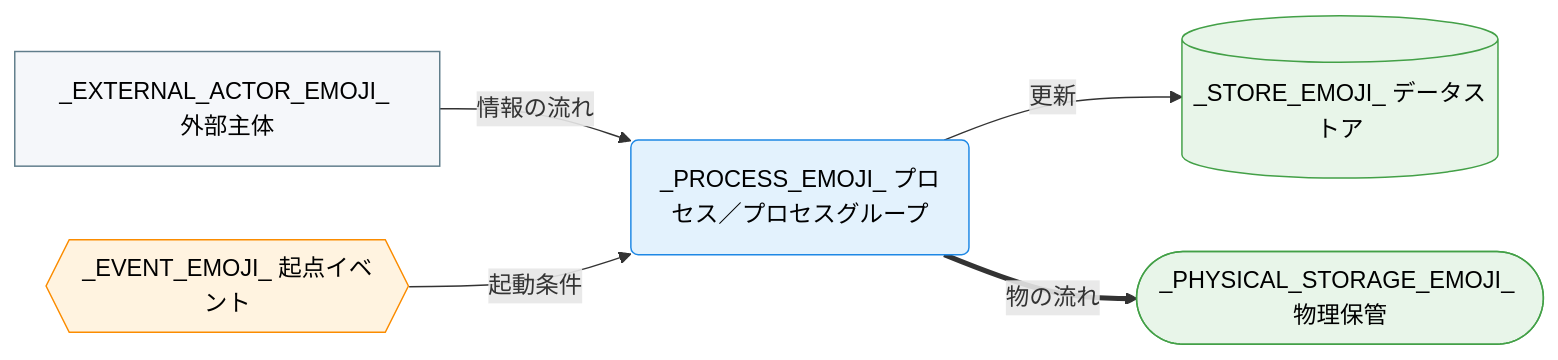
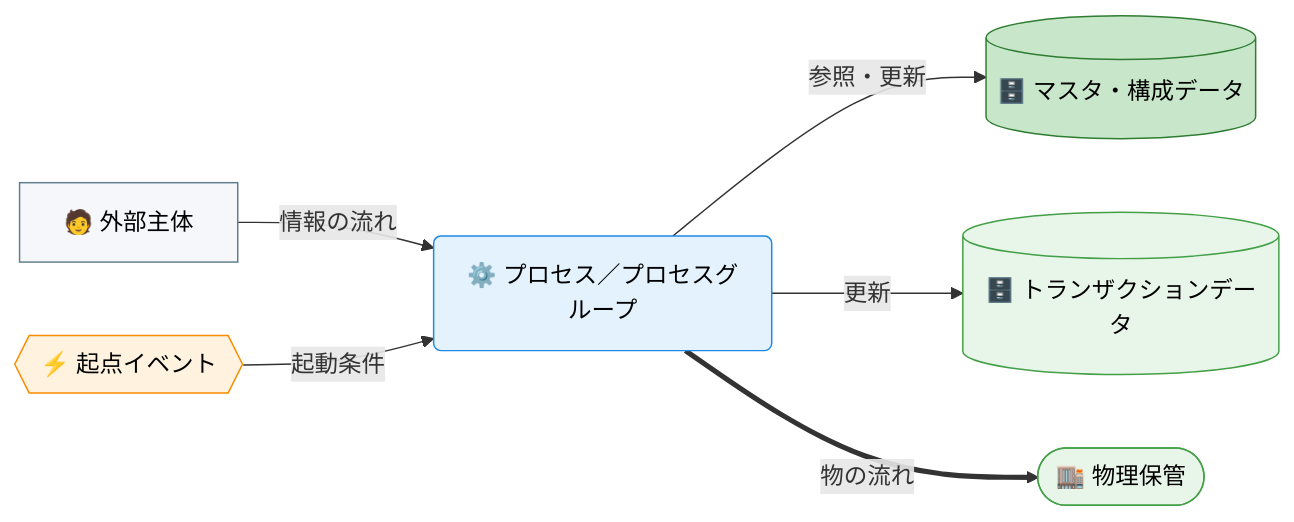
Before and after one commit to specdojo/spec-dojo-handbook: the second of 2 diagrams in docs/ja/specdojo/templates/cdfd-overview-template.md, drawn with Mermaid. The commit also changed other lines of this file and 2 other files, not shown here.

````diff
--- a/docs/ja/specdojo/templates/cdfd-overview-template.md
+++ b/docs/ja/specdojo/templates/cdfd-overview-template.md
@@ -208,23 +171,27 @@
 ```mermaid
 flowchart LR
   classDef process fill:#e3f2fd,stroke:#1e88e5,color:#000
   classDef event fill:#fff3e0,stroke:#fb8c00,color:#000
-  classDef store fill:#e8f5e9,stroke:#43a047,color:#000
+  classDef storeMaster fill:#c8e6c9,stroke:#2e7d32,color:#000
+  classDef storeTransaction fill:#e8f5e9,stroke:#43a047,color:#000
   classDef actor fill:#f5f7fa,stroke:#607d8b,color:#000
 
-  _EXTERNAL_ACTOR_NODE_ID_["_EXTERNAL_ACTOR_EMOJI_ 外部主体"]
-  _START_EVENT_NODE_ID_{{"_EVENT_EMOJI_ 起点イベント"}}
-  _PROCESS_AREA_NODE_ID_("_PROCESS_EMOJI_ プロセス／プロセスグループ")
-  _DATA_STORE_NODE_ID_[("_STORE_EMOJI_ データストア")]
-  _PHYSICAL_STORAGE_NODE_ID_(["_PHYSICAL_STORAGE_EMOJI_ 物理保管"])
+  外部主体["🧑 外部主体"]
+  起点イベント{{"⚡ 起点イベント"}}
+  プロセス("⚙️ プロセス／プロセスグループ")
+  マスタ構成データ[("🗄️ マスタ・構成データ")]
+  トランザクションデータ[("🗄️ トランザクションデータ")]
+  物理保管(["🏬 物理保管"])
 
-  _EXTERNAL_ACTOR_NODE_ID_ -->|"情報の流れ"| _PROCESS_AREA_NODE_ID_
-  _START_EVENT_NODE_ID_ -->|"起動条件"| _PROCESS_AREA_NODE_ID_
-  _PROCESS_AREA_NODE_ID_ -->|"更新"| _DATA_STORE_NODE_ID_
-  _PROCESS_AREA_NODE_ID_ ==>|"物の流れ"| _PHYSICAL_STORAGE_NODE_ID_
+  外部主体 -->|"情報の流れ"| プロセス
+  起点イベント -->|"起動条件"| プロセス
+  プロセス -->|"参照・更新"| マスタ構成データ
+  プロセス -->|"更新"| トランザクションデータ
+  プロセス ==>|"物の流れ"| 物理保管
 
-  class _PROCESS_AREA_NODE_ID_ process
-  class _START_EVENT_NODE_ID_ event
-  class _DATA_STORE_NODE_ID_,_PHYSICAL_STORAGE_NODE_ID_ store
-  class _EXTERNAL_ACTOR_NODE_ID_ actor
+  class プロセス process
+  class 起点イベント event
+  class マスタ構成データ storeMaster
+  class トランザクションデータ,物理保管 storeTransaction
+  class 外部主体 actor
 ```
````
